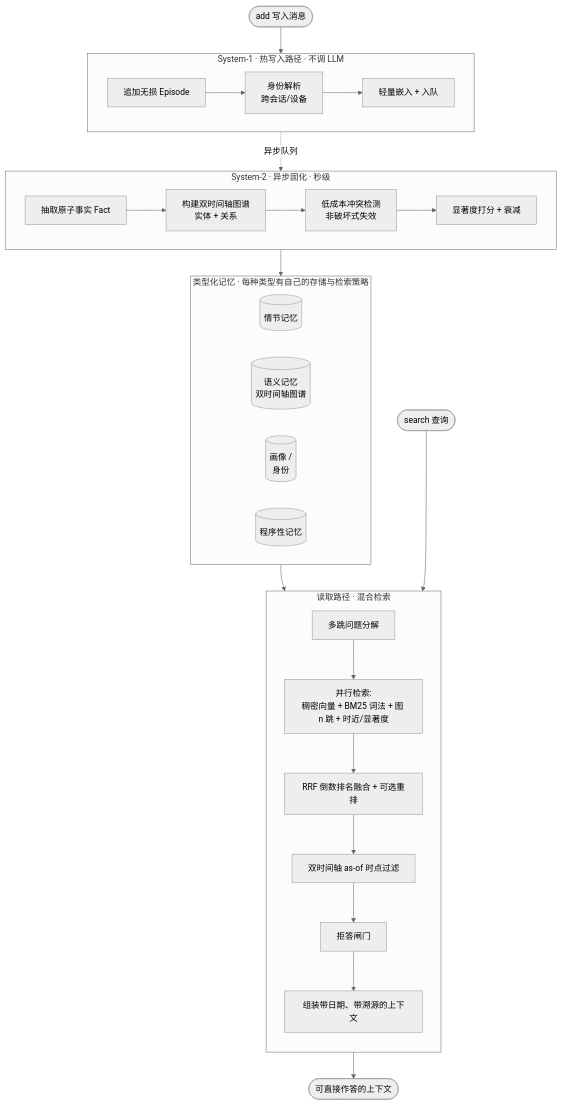
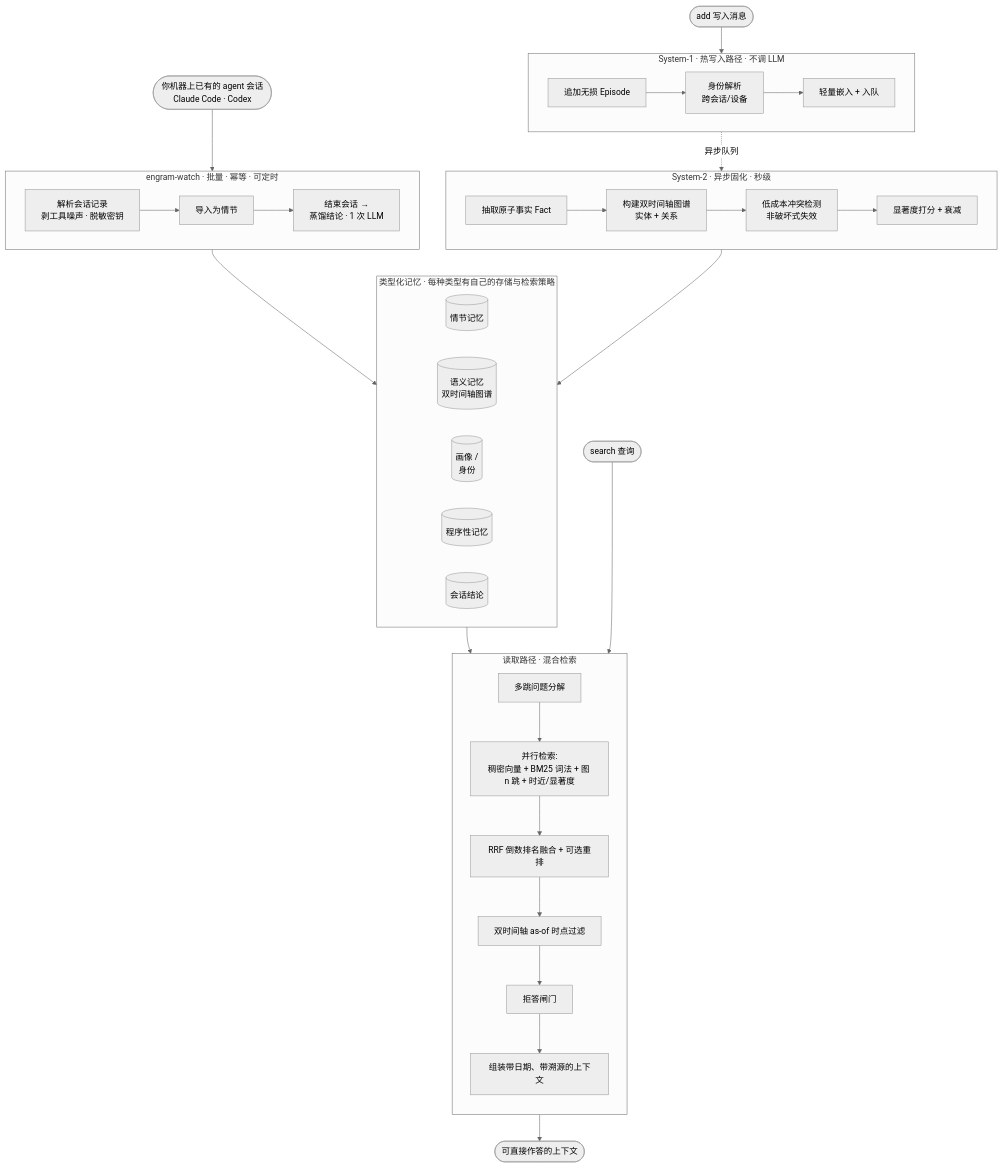
The diagram in README.zh-CN.md (ly-wang19/engram), drawn with Mermaid (neutral theme) before and after one commit. The commit also changed other lines of this file and 2 other files, not shown here.

````diff
--- a/README.zh-CN.md
+++ b/README.zh-CN.md
@@ -73,29 +73,36 @@
 ```mermaid
 flowchart TB
     ADD([add 写入消息]) --> S1
+    SESS([你机器上已有的 agent 会话<br/>Claude Code · Codex]) --> W
+    subgraph W [engram-watch · 批量 · 幂等 · 可定时]
+        direction LR
+        Wa[解析会话记录<br/>剥工具噪声 · 脱敏密钥] --> Wb[导入为情节] --> Wc[结束会话 →<br/>蒸馏结论 · 1 次 LLM]
+    end
+    W --> TM
     subgraph S1 [System-1 · 热写入路径 · 不调 LLM]
         direction LR
         S1a[追加无损 Episode] --> S1b[身份解析<br/>跨会话/设备] --> S1c[轻量嵌入 + 入队]
     end
     S1 -. 异步队列 .-> S2
     subgraph S2 [System-2 · 异步固化 · 秒级]
         direction LR
         S2a[抽取原子事实 Fact] --> S2b[构建双时间轴图谱<br/>实体 + 关系] --> S2c[低成本冲突检测<br/>非破坏式失效] --> S2d[显著度打分 + 衰减]
     end
     S2 --> TM
     subgraph TM [类型化记忆 · 每种类型有自己的存储与检索策略]
         direction LR
         TMa[(情节记忆)]
         TMb[(语义记忆<br/>双时间轴图谱)]
         TMc[(画像 /<br/>身份)]
         TMd[(程序性记忆)]
+        TMe[(会话结论)]
     end
     TM --> R
     Q([search 查询]) --> R
     subgraph R [读取路径 · 混合检索]
         direction TB
         Ra[多跳问题分解] --> Rb[并行检索:<br/>稠密向量 + BM25 词法 + 图 n 跳 + 时近/显著度]
         Rb --> Rc[RRF 倒数排名融合 + 可选重排] --> Rd[双时间轴 as-of 时点过滤] --> Re[拒答闸门] --> Rf[组装带日期、带溯源的上下文]
     end
     Rf --> OUT([可直接作答的上下文])
 ```
````
